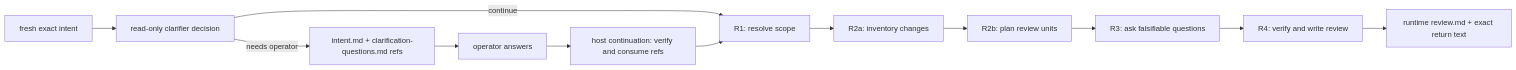
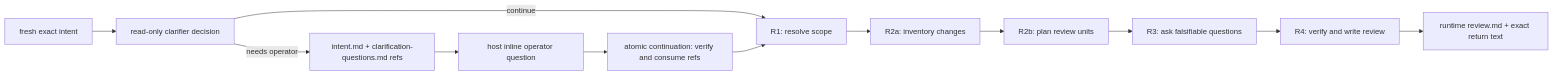
The diagram in extensions/workflows/examples/review/README.md (kroffske/locus-pi), drawn with Mermaid before and after one commit. The commit also changed other lines of this file and 49 other files, not shown here.

````diff
--- a/extensions/workflows/examples/review/README.md
+++ b/extensions/workflows/examples/review/README.md
@@ -82,14 +87,14 @@
 ```mermaid
 flowchart LR
     P["fresh exact intent"] --> C["read-only clarifier decision"]
     C -->|"needs operator"| A["intent.md + clarification-questions.md refs"]
     C -->|"continue"| R1
-    A --> H["operator answers"]
-    H --> X["host continuation: verify and consume refs"]
+    A --> H["host inline operator question"]
+    H --> X["atomic continuation: verify and consume refs"]
     X --> R1["R1: resolve scope"]
     R1 --> R2A["R2a: inventory changes"]
     R2A --> R2B["R2b: plan review units"]
     R2B --> R3["R3: ask falsifiable questions"]
     R3 --> R4["R4: verify and write review"]
     R4 --> O["runtime review.md + exact return text"]
 ```
````
